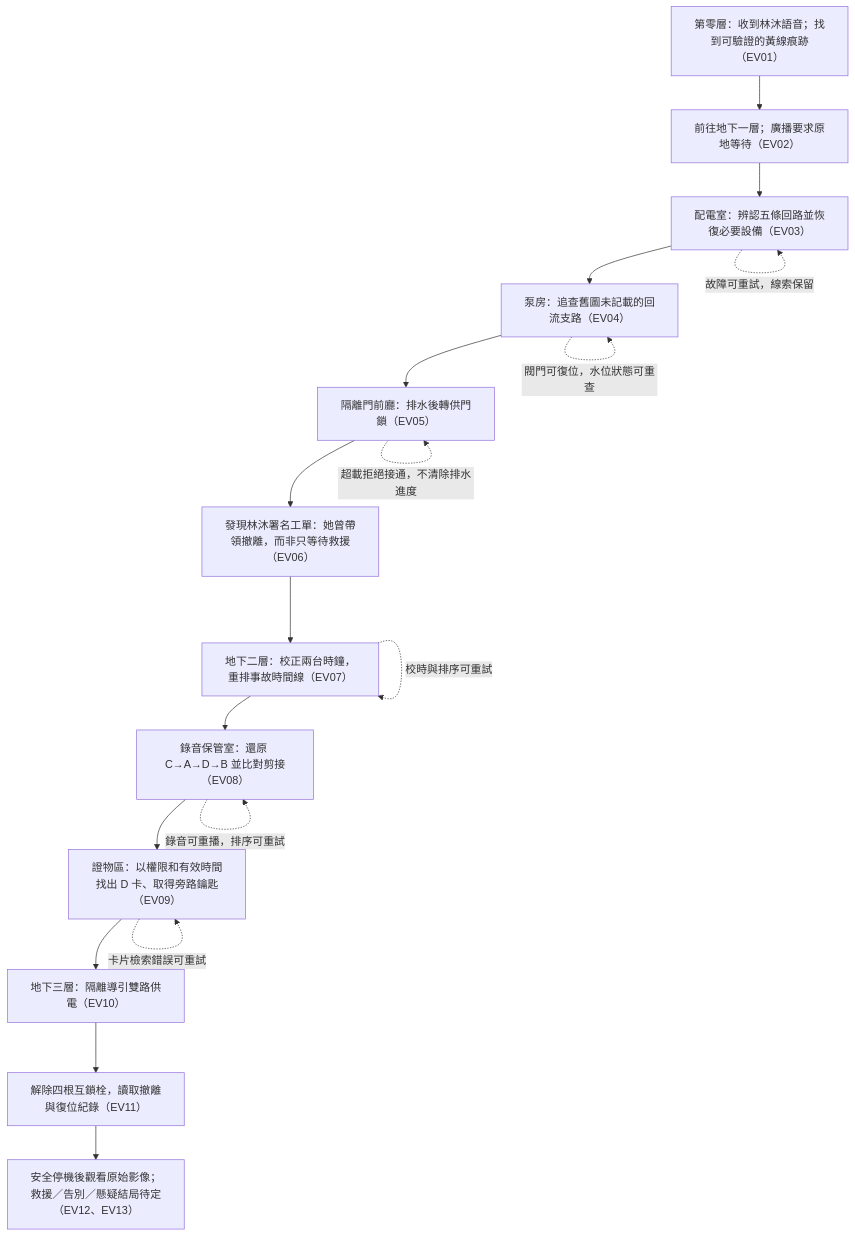
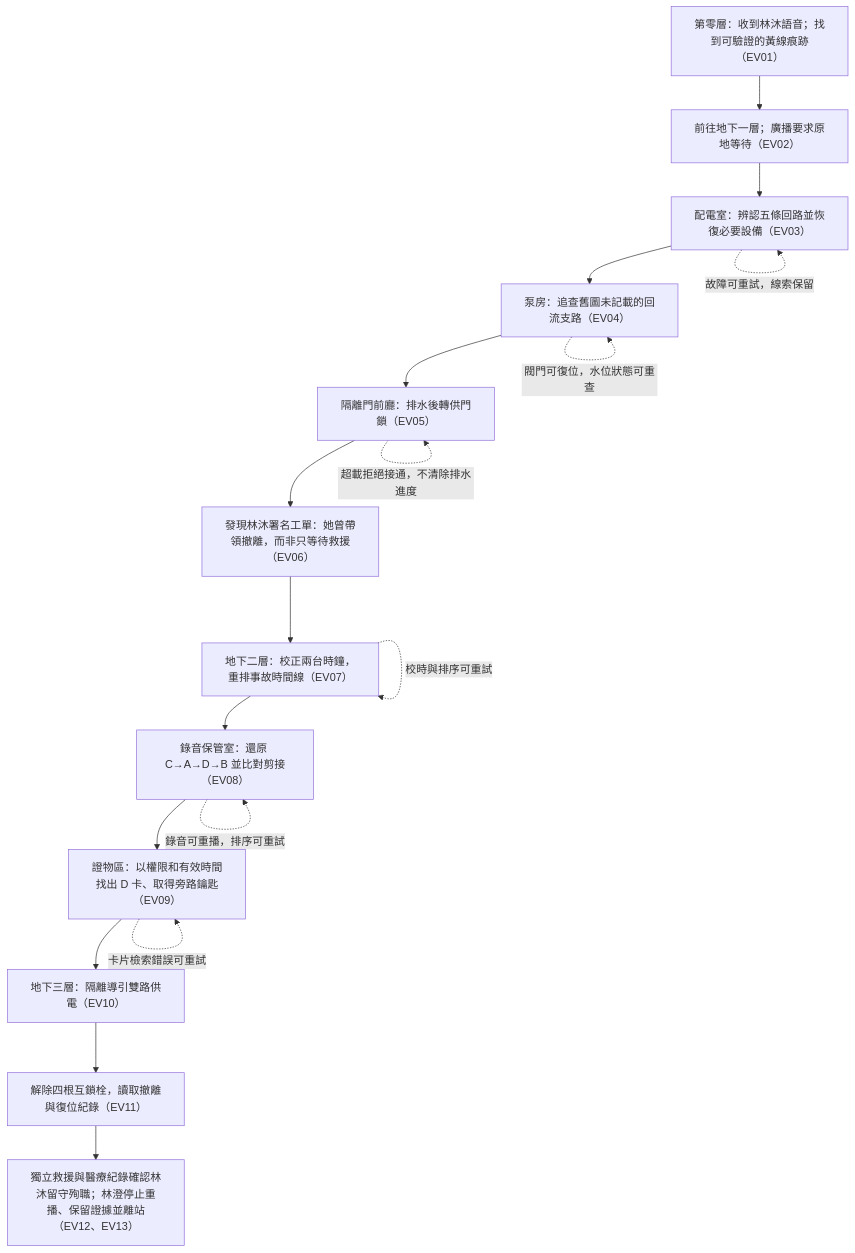
Before and after one commit to kevinliao998-bot/EscapeRoom: the diagram in docs/Expanded-Story-Plan.md, drawn with Mermaid. The commit also changed other lines of this file, not shown here.

````diff
--- a/docs/Expanded-Story-Plan.md
+++ b/docs/Expanded-Story-Plan.md
@@ -27,20 +27,20 @@
 ```mermaid
 flowchart TD
   E01["第零層：收到林沐語音；找到可驗證的黃線痕跡（EV01）"] --> E02["前往地下一層；廣播要求原地等待（EV02）"]
   E02 --> E03["配電室：辨認五條回路並恢復必要設備（EV03）"]
   E03 --> E04["泵房：追查舊圖未記載的回流支路（EV04）"]
   E04 --> E05["隔離門前廳：排水後轉供門鎖（EV05）"]
   E05 --> E06["發現林沐署名工單：她曾帶領撤離，而非只等待救援（EV06）"]
   E06 --> E07["地下二層：校正兩台時鐘，重排事故時間線（EV07）"]
   E07 --> E08["錄音保管室：還原 C→A→D→B 並比對剪接（EV08）"]
   E08 --> E09["證物區：以權限和有效時間找出 D 卡、取得旁路鑰匙（EV09）"]
   E09 --> E10["地下三層：隔離導引雙路供電（EV10）"]
   E10 --> E11["解除四根互鎖栓，讀取撤離與復位紀錄（EV11）"]
-  E11 --> E12["安全停機後觀看原始影像；救援／告別／懸疑結局待定（EV12、EV13）"]
+  E11 --> E12["獨立救援與醫療紀錄確認林沐留守殉職；林澄停止重播、保留證據並離站（EV12、EV13）"]
   E03 -. "故障可重試，線索保留" .-> E03
   E04 -. "閥門可復位，水位狀態可重查" .-> E04
   E05 -. "超載拒絕接通，不清除排水進度" .-> E05
   E07 -. "校時與排序可重試" .-> E07
   E08 -. "錄音可重播，排序可重試" .-> E08
   E09 -. "卡片檢索錯誤可重試" .-> E09
 ```
````
